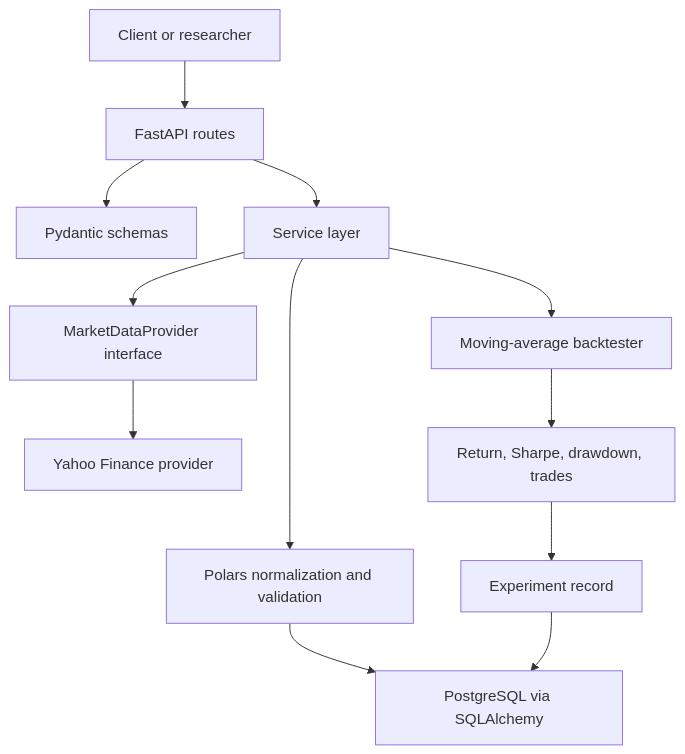
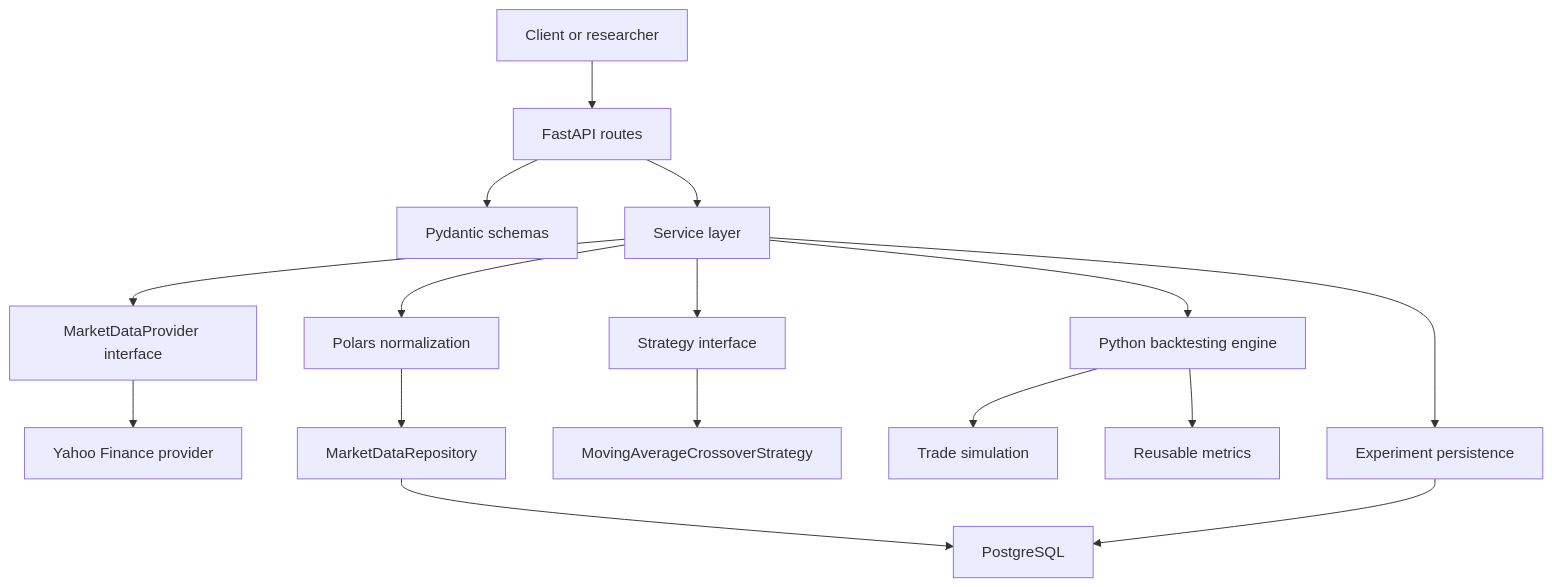
Before and after one commit to ompatelz/Mercury-Trading: the diagram in README.md, drawn with Mermaid. The commit also changed other lines of this file and 16 other files, not shown here.

Commit message:
Build Phase 2 backtesting engine

````diff
--- a/README.md
+++ b/README.md
@@ -20,14 +30,18 @@
 ```mermaid
 flowchart TD
     Client["Client or researcher"] --> API["FastAPI routes"]
     API --> Schemas["Pydantic schemas"]
     API --> Services["Service layer"]
     Services --> Provider["MarketDataProvider interface"]
     Provider --> Yahoo["Yahoo Finance provider"]
-    Services --> Normalize["Polars normalization and validation"]
-    Normalize --> DB["PostgreSQL via SQLAlchemy"]
-    Services --> Backtester["Moving-average backtester"]
-    Backtester --> Metrics["Return, Sharpe, drawdown, trades"]
-    Metrics --> Experiments["Experiment record"]
+    Services --> Normalize["Polars normalization"]
+    Normalize --> MarketRepo["MarketDataRepository"]
+    MarketRepo --> DB["PostgreSQL"]
+    Services --> Strategy["Strategy interface"]
+    Strategy --> MACross["MovingAverageCrossoverStrategy"]
+    Services --> Engine["Python backtesting engine"]
+    Engine --> Trades["Trade simulation"]
+    Engine --> Metrics["Reusable metrics"]
+    Services --> Experiments["Experiment persistence"]
     Experiments --> DB
 ```
````
